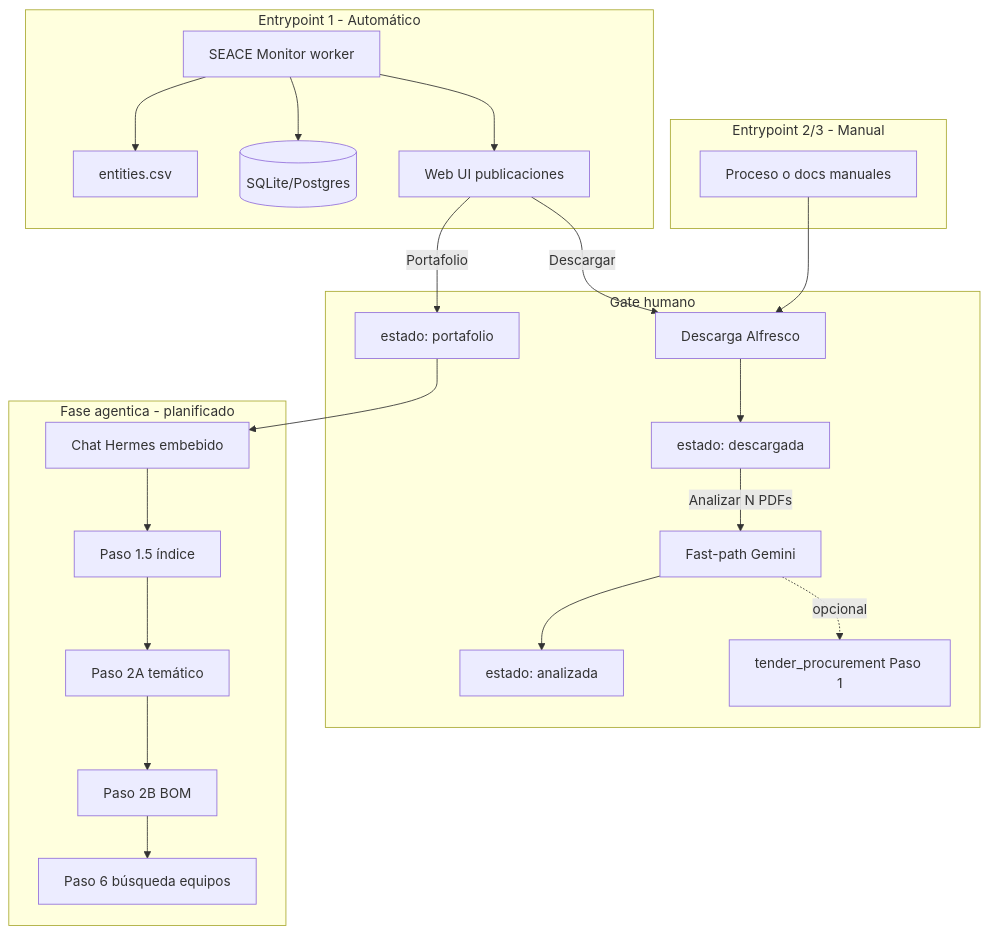
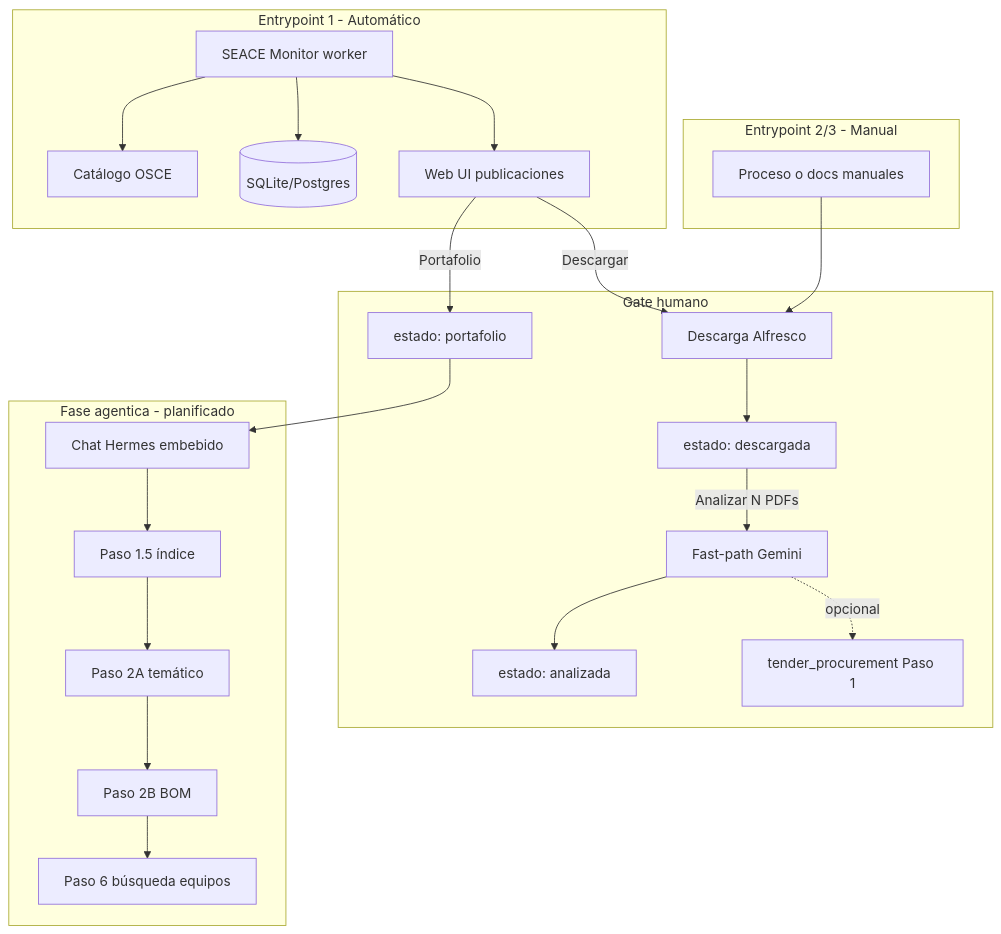
Before and after one commit to rmichelena/tender_workflows: the diagram in docs/INTEGRATION.md, drawn with Mermaid. The commit also changed 49 other files, not shown here.

First line of the commit message:
Remove legacy entities.csv; archive proyecto material.

````diff
--- a/docs/INTEGRATION.md
+++ b/docs/INTEGRATION.md
@@ -7,32 +7,32 @@
 ```mermaid
 flowchart TB
   subgraph entry1 [Entrypoint 1 - Automático]
     SEACE[SEACE Monitor worker]
-    CSV[entities.csv]
-    SEACE --> CSV
+    OSCE[Catálogo OSCE]
+    SEACE --> OSCE
     SEACE --> DB[(SQLite/Postgres)]
     SEACE --> UI[Web UI publicaciones]
   end
 
   subgraph gate [Gate humano]
     UI -->|Descargar| DL[Descarga Alfresco]
     DL --> DESC[estado: descargada]
     DESC -->|Analizar N PDFs| FAST[Fast-path Gemini]
     FAST --> ST[estado: analizada]
     UI -->|Portafolio| PF[estado: portafolio]
     FAST -.->|opcional| TP[tender_procurement Paso 1]
   end
 
   subgraph entry2 [Entrypoint 2/3 - Manual]
     MAN[Proceso o docs manuales]
     MAN --> DL
   end
 
   subgraph later [Fase agentica - planificado]
     PF --> CHAT[Chat Hermes embebido]
     CHAT --> IDX[Paso 1.5 índice]
     IDX --> T2A[Paso 2A temático]
     T2A --> BOM[Paso 2B BOM]
     BOM --> S6[Paso 6 búsqueda equipos]
   end
 ```
````
